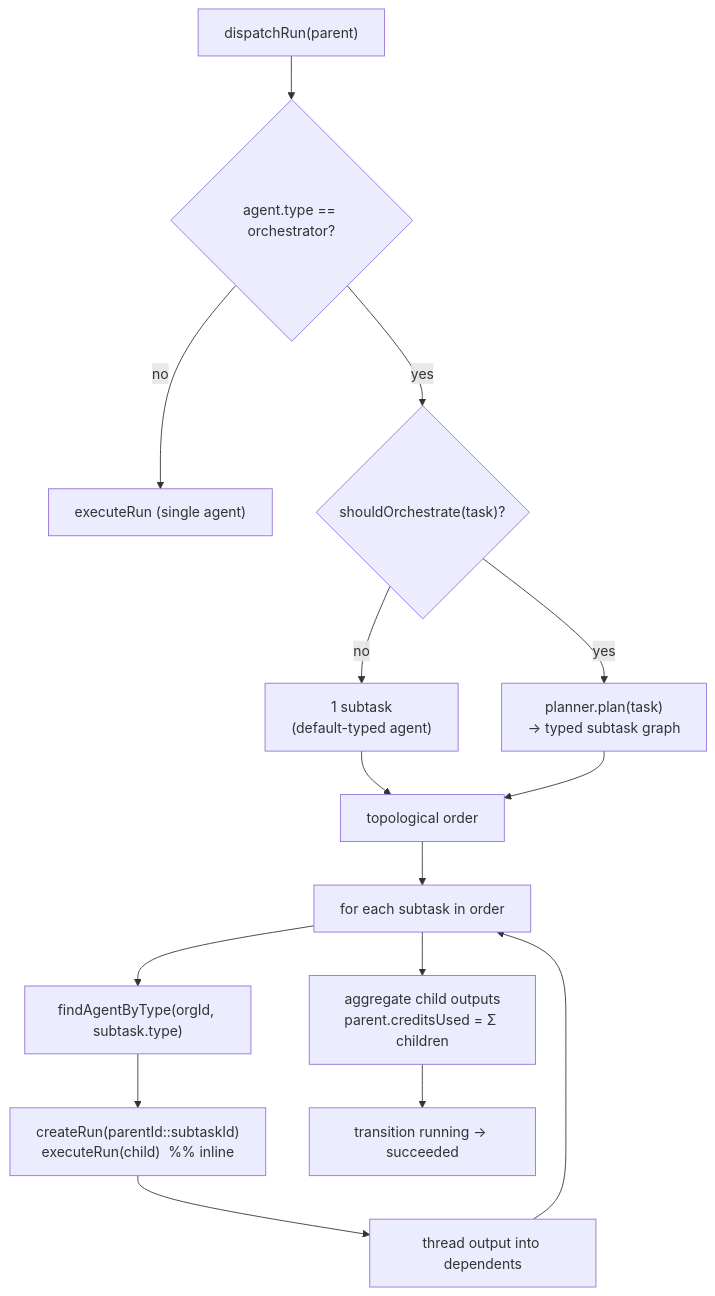
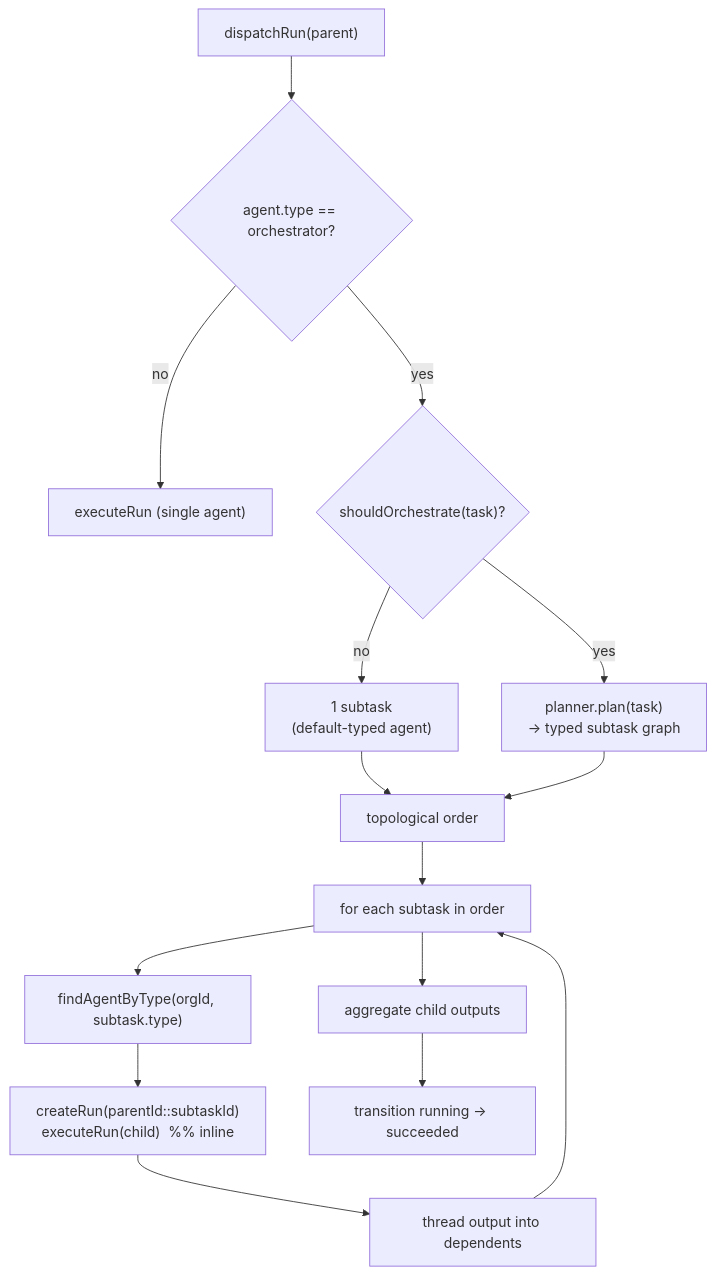
The fifth of 6 diagrams in agent-os/docs/ARCHITECTURE.md (hauna7630-wq/Nastroyka-Claude), drawn with Mermaid before and after one commit. The commit also changed other lines of this file and 10 other files, not shown here.

````diff
--- a/agent-os/docs/ARCHITECTURE.md
+++ b/agent-os/docs/ARCHITECTURE.md
@@ -113,17 +104,17 @@
 ```mermaid
 flowchart TD
   J["dispatchRun(parent)"] --> T{"agent.type == orchestrator?"}
   T -- no --> RT["executeRun (single agent)"]
   T -- yes --> CX{"shouldOrchestrate(task)?"}
   CX -- no --> ONE["1 subtask\n(default-typed agent)"]
   CX -- yes --> PLAN["planner.plan(task)\n→ typed subtask graph"]
   ONE --> ORD["topological order"]
   PLAN --> ORD
   ORD --> LOOP["for each subtask in order"]
   LOOP --> ASSIGN["findAgentByType(orgId, subtask.type)"]
   ASSIGN --> CHILD["createRun(parentId::subtaskId)\nexecuteRun(child)  %% inline"]
   CHILD --> DEP["thread output into dependents"]
   DEP --> LOOP
-  LOOP --> AGG["aggregate child outputs\nparent.creditsUsed = Σ children"]
+  LOOP --> AGG["aggregate child outputs"]
   AGG --> OK["transition running → succeeded"]
 ```
````
